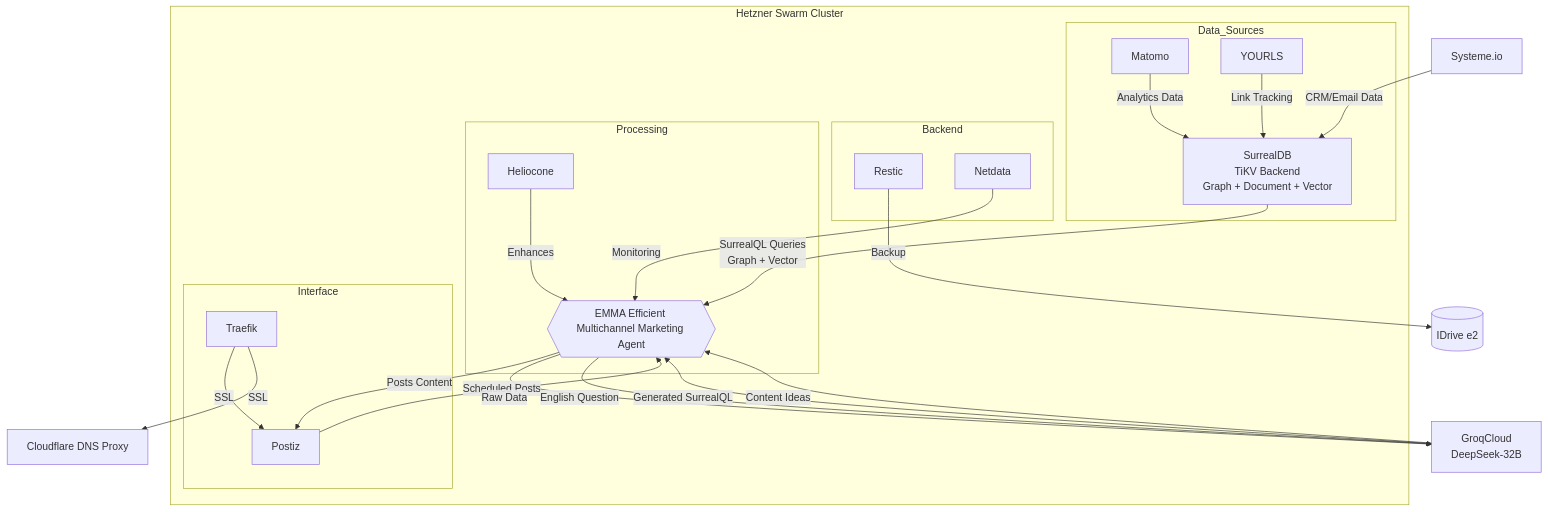
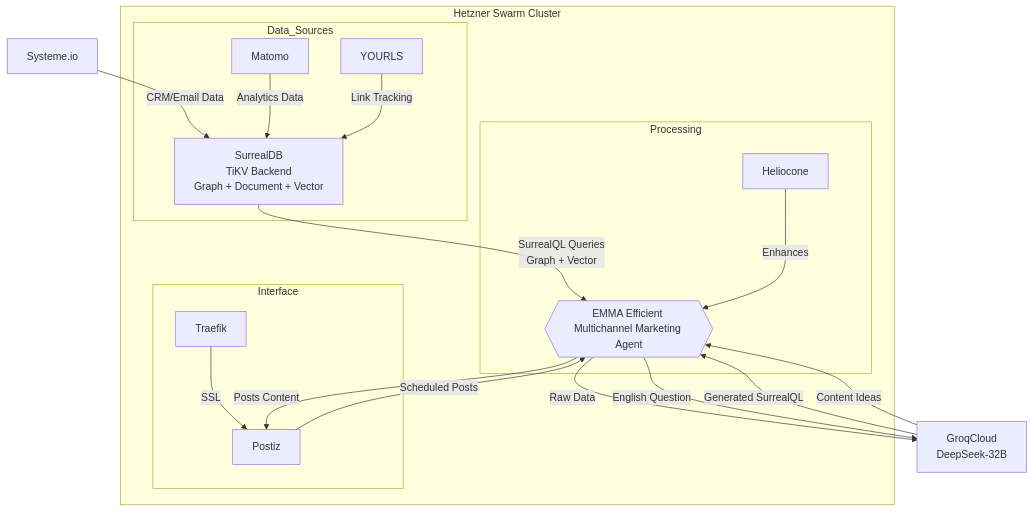
One commit to deepbrainspace/deepbrain-stack changed the third of 4 diagrams in projects/bnb/v6-b.md. Above: the diagram before and after it, drawn with Mermaid.

````diff
--- a/projects/bnb/v6-b.md
+++ b/projects/bnb/v6-b.md
@@ -85,40 +85,32 @@
 ```mermaid
 graph TD
     G[Systeme.io] -->|CRM/Email Data| B[SurrealDB<br>TiKV Backend<br>Graph + Document + Vector]
     subgraph Hetzner_CCX23_Cluster_Docker_Swarm[Hetzner Swarm Cluster]
         A[Matomo] -->|Analytics Data| B
         C[YOURLS] -->|Link Tracking| B
         J[Traefik] -->|SSL| D[Postiz]
         D -->|Scheduled Posts| E{{EMMA Efficient Multichannel Marketing Agent}}
         B -->|SurrealQL Queries<br>Graph + Vector| E
-        H[Restic]
         E -->|Posts Content| D
-        K[Netdata] -->|Monitoring| E
         L[Heliocone] -->|Enhances| E
         subgraph Data_Sources
             A
             B
             C
         end
-        subgraph Backend
-            H
-            K
-        end
+
         subgraph Processing
             E
             L
         end
         subgraph Interface
             D
             J
         end
     end
     F -->|Generated SurrealQL| E
     E -->|Raw Data| F
     F -->|Content Ideas| E
         
     E -->|English Question| F[GroqCloud<br>DeepSeek-32B]
-    H -->|Backup| I[(IDrive e2)]
-           
-    J -->|SSL| M[Cloudflare DNS Proxy]
 ```
````
